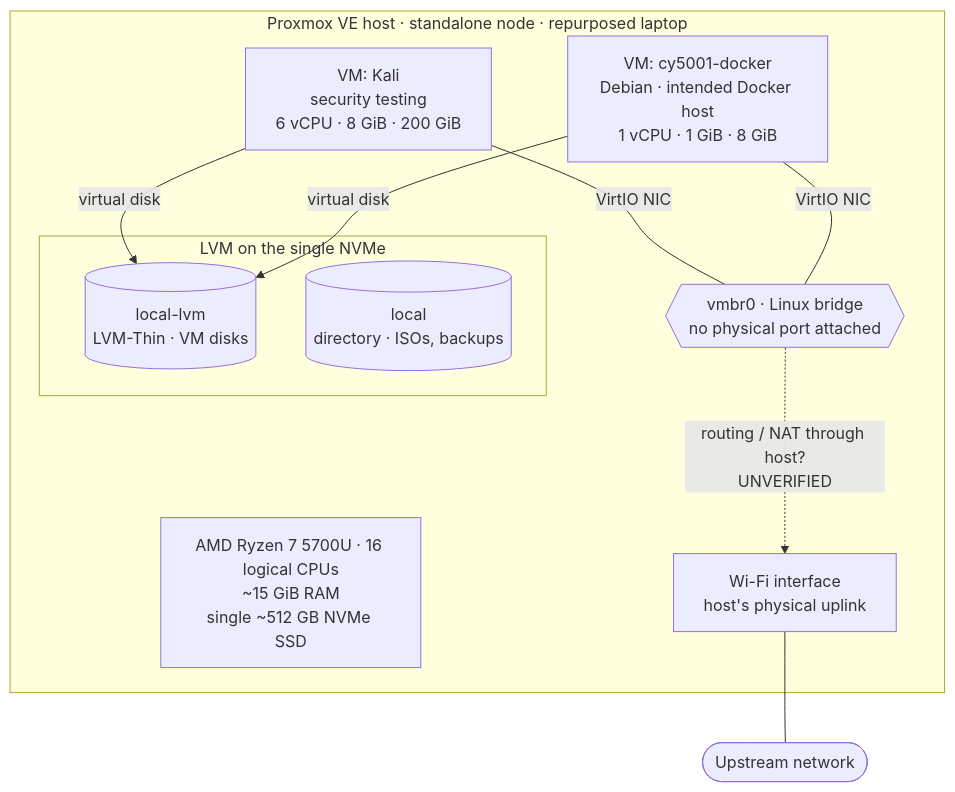
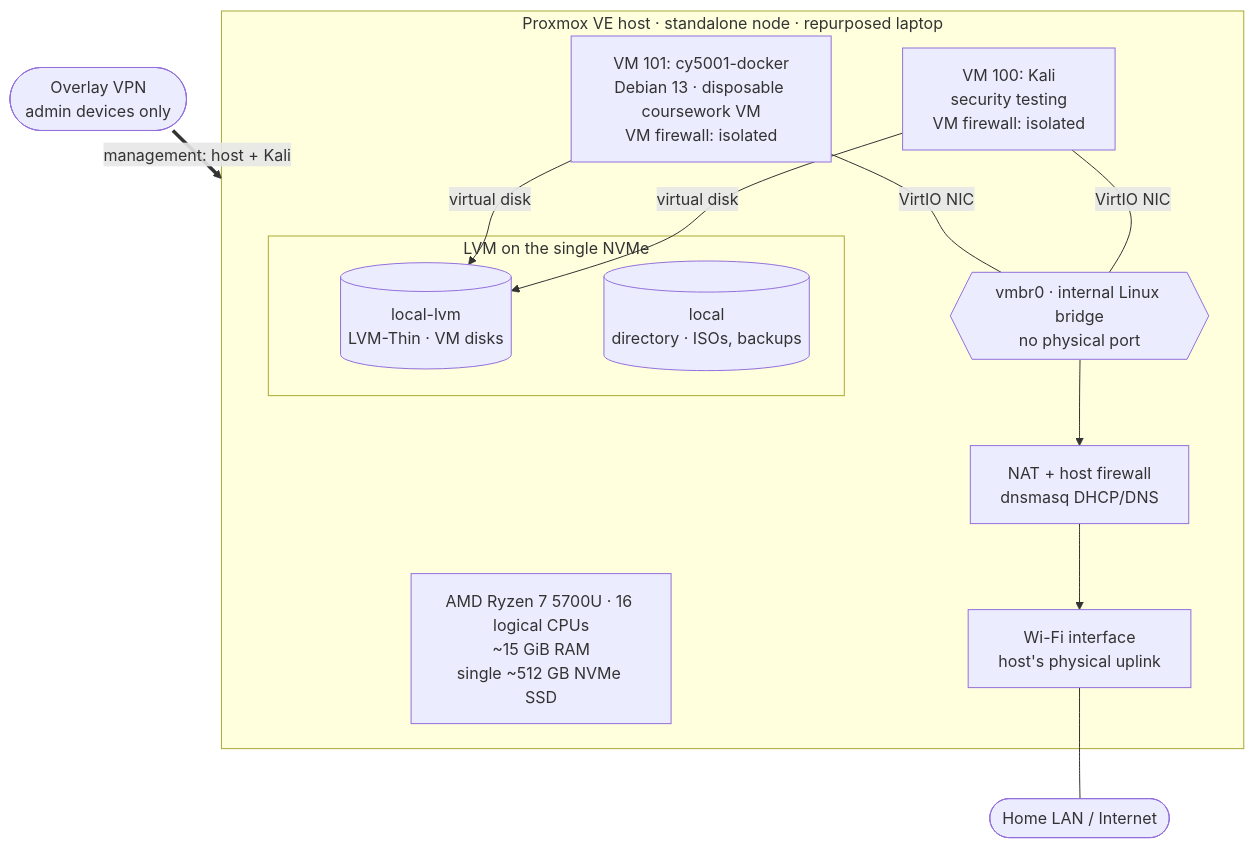
The diagram in README.md (AdityaBhardwaj04/homelab), drawn with Mermaid before and after one commit. The commit also changed other lines of this file and 6 other files, not shown here.

````diff
--- a/README.md
+++ b/README.md
@@ -31,22 +32,24 @@
 ```mermaid
 flowchart TB
     subgraph host["Proxmox VE host · standalone node · repurposed laptop"]
         hw["AMD Ryzen 7 5700U · 16 logical CPUs<br/>~15 GiB RAM<br/>single ~512 GB NVMe SSD"]
         subgraph storage["LVM on the single NVMe"]
             lvm[("local-lvm<br/>LVM-Thin · VM disks")]
             local[("local<br/>directory · ISOs, backups")]
         end
-        br{{"vmbr0 · Linux bridge<br/>no physical port attached"}}
-        kali["VM: Kali<br/>security testing<br/>6 vCPU · 8 GiB · 200 GiB"]
-        dock["VM: cy5001-docker<br/>Debian · intended Docker host<br/>1 vCPU · 1 GiB · 8 GiB"]
+        br{{"vmbr0 · internal Linux bridge<br/>no physical port"}}
+        kali["VM 100: Kali<br/>security testing<br/>VM firewall: isolated"]
+        dock["VM 101: cy5001-docker<br/>Debian 13 · disposable coursework VM<br/>VM firewall: isolated"]
+        nat["NAT + host firewall<br/>dnsmasq DHCP/DNS"]
         wifi["Wi-Fi interface<br/>host's physical uplink"]
     end
-    up(["Upstream network"])
+    up(["Home LAN / Internet"])
+    ov(["Overlay VPN<br/>admin devices only"])
 
     kali -->|virtual disk| lvm
     dock -->|virtual disk| lvm
     kali ---|VirtIO NIC| br
     dock ---|VirtIO NIC| br
-    br -.->|"routing / NAT through host?<br/>UNVERIFIED"| wifi
-    wifi --- up
+    br --> nat --> wifi --- up
+    ov ==>|"management: host + Kali"| host
 ```
````
